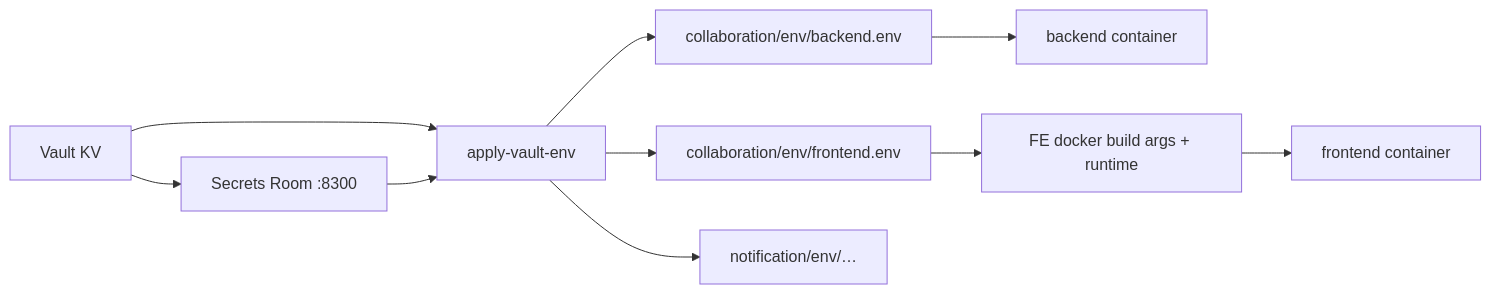
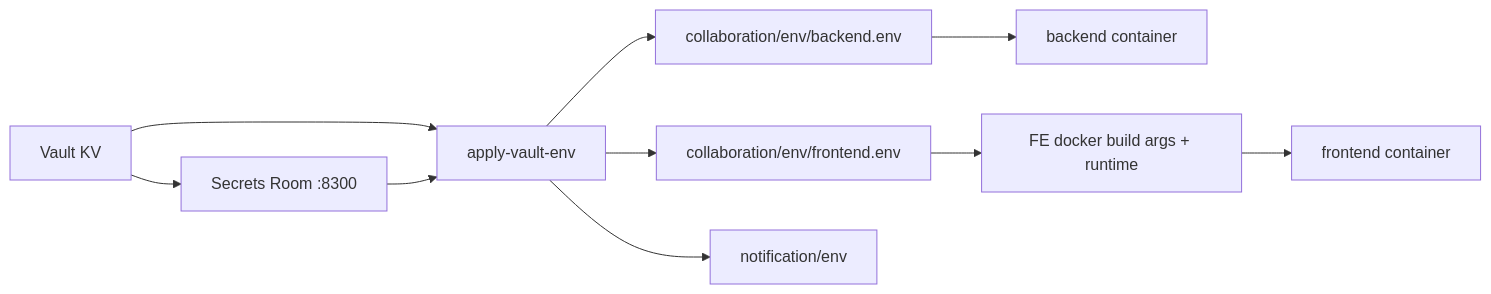
One commit to mikias1219/DevOps changed the fifth of 5 diagrams in README.md. Above: the diagram before and after it, drawn with Mermaid. The commit also changed other lines of this file, not shown here.

````diff
--- a/README.md
+++ b/README.md
@@ -314,12 +274,12 @@
 ```mermaid
 flowchart LR
   V[Vault KV] --> SR[Secrets Room :8300]
   V --> APPLY[apply-vault-env]
   SR --> APPLY
   APPLY --> BE_ENV[collaboration/env/backend.env]
   APPLY --> FE_ENV[collaboration/env/frontend.env]
-  APPLY --> NES_ENV[notification/env/…]
+  APPLY --> NES_ENV[notification/env]
   BE_ENV --> BE[backend container]
   FE_ENV --> BUILD[FE docker build args + runtime]
   BUILD --> FE[frontend container]
 ```
````
